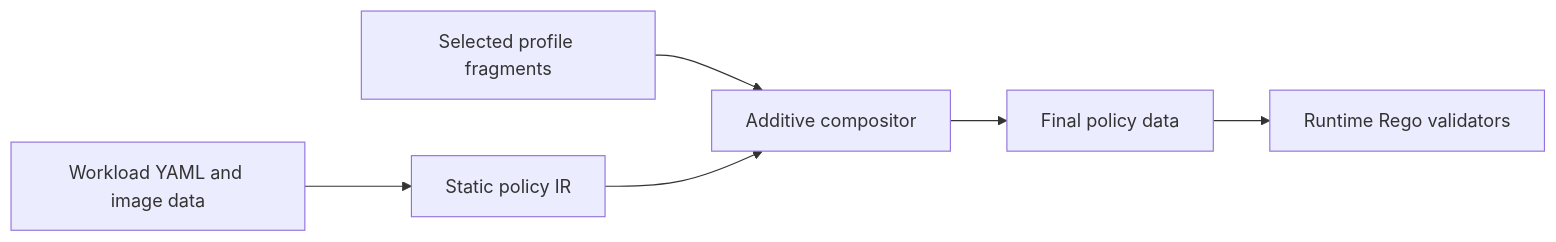
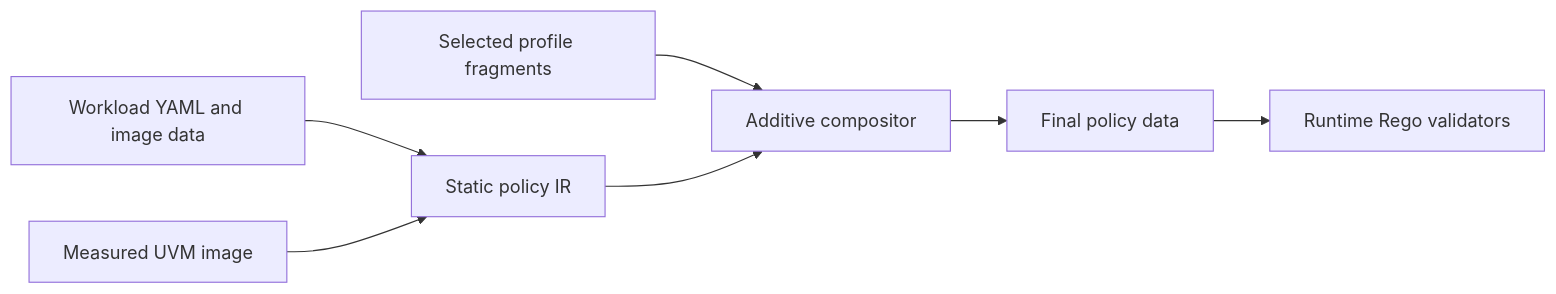
One commit to bodzhang/kata-containers changed the second of 3 diagrams in docs/design/genpolicy-fragment-rego.md. Above: the diagram before and after it, drawn with Mermaid. The commit also changed other lines of this file, not shown here.

````diff
--- a/docs/design/genpolicy-fragment-rego.md
+++ b/docs/design/genpolicy-fragment-rego.md
@@ -111,8 +117,9 @@
 ```mermaid
 flowchart LR
     YAML[Workload YAML and image data] --> IR[Static policy IR]
+  UVM[Measured UVM image] --> IR
     PROFILE[Selected profile fragments] --> COMPOSE[Additive compositor]
     IR --> COMPOSE
     COMPOSE --> POLICY[Final policy data]
     POLICY --> REGO[Runtime Rego validators]
 ```
````
